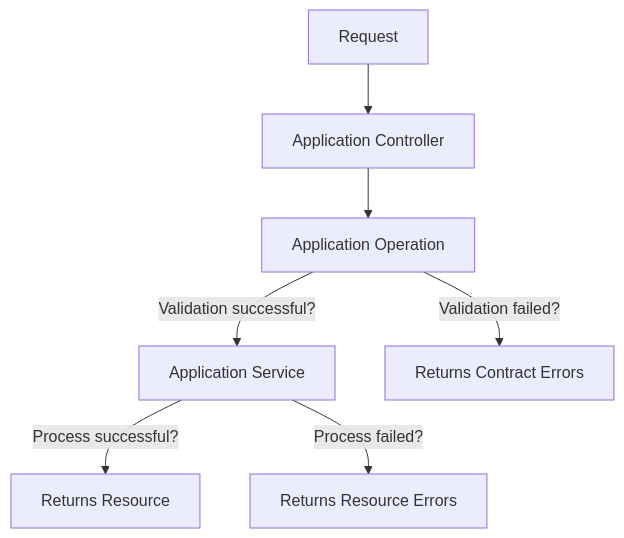
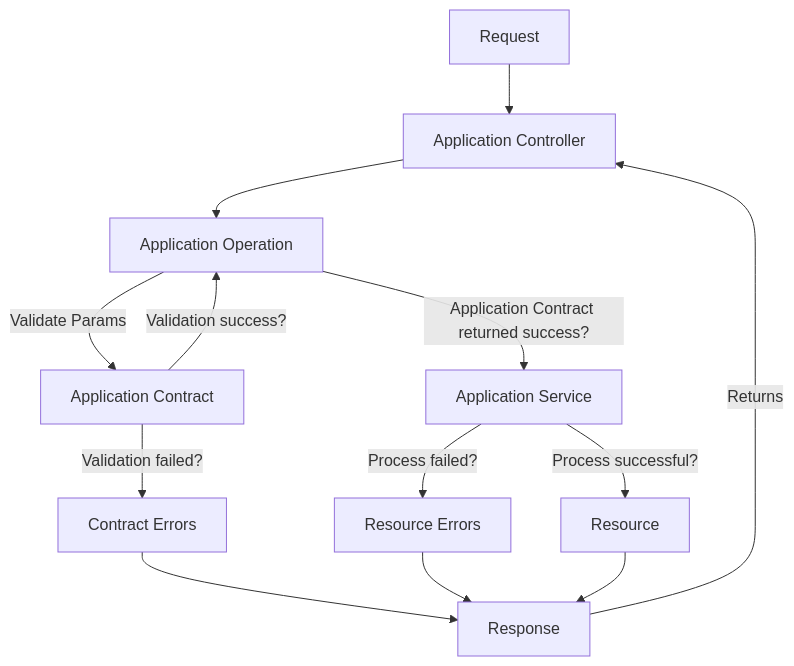
One commit to shftco/rails-api-boilerplate changed the diagram in README.md. Above: the diagram before and after it, drawn with Mermaid.

Commit message:
Update diagram

````diff
--- a/README.md
+++ b/README.md
@@ -12,9 +12,15 @@
 ```mermaid
 flowchart TD
   R[Request] --> C[Application Controller]
   C --> O[Application Operation]
-  O -- Validation successful? --> S[Application Service]
-  O -- Validation failed? --> E[Returns Contract Errors]
-  S -- Process successful? --> RS[Returns Resource]
-  S -- Process failed? --> OE[Returns Resource Errors]
+  O -- Validate Params --> AC[Application Contract]
+  O -- Application Contract returned success?--> S[Application Service]
+  AC -- Validation success? --> O[Application Operation]
+  AC -- Validation failed? --> E[Contract Errors]
+  E --> RE
+  S -- Process successful? --> RS[Resource]
+  S -- Process failed? --> OE[Resource Errors]
+  OE --> RE[Response]
+  RS --> RE
+  RE -- Returns --> C
 ```
````
